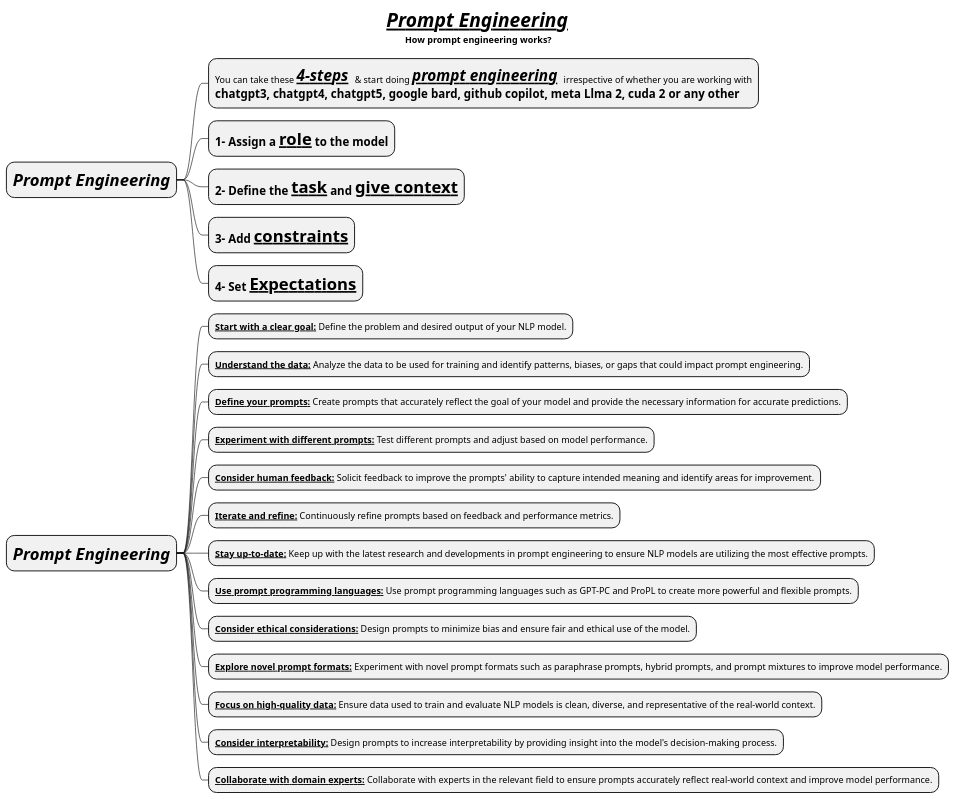
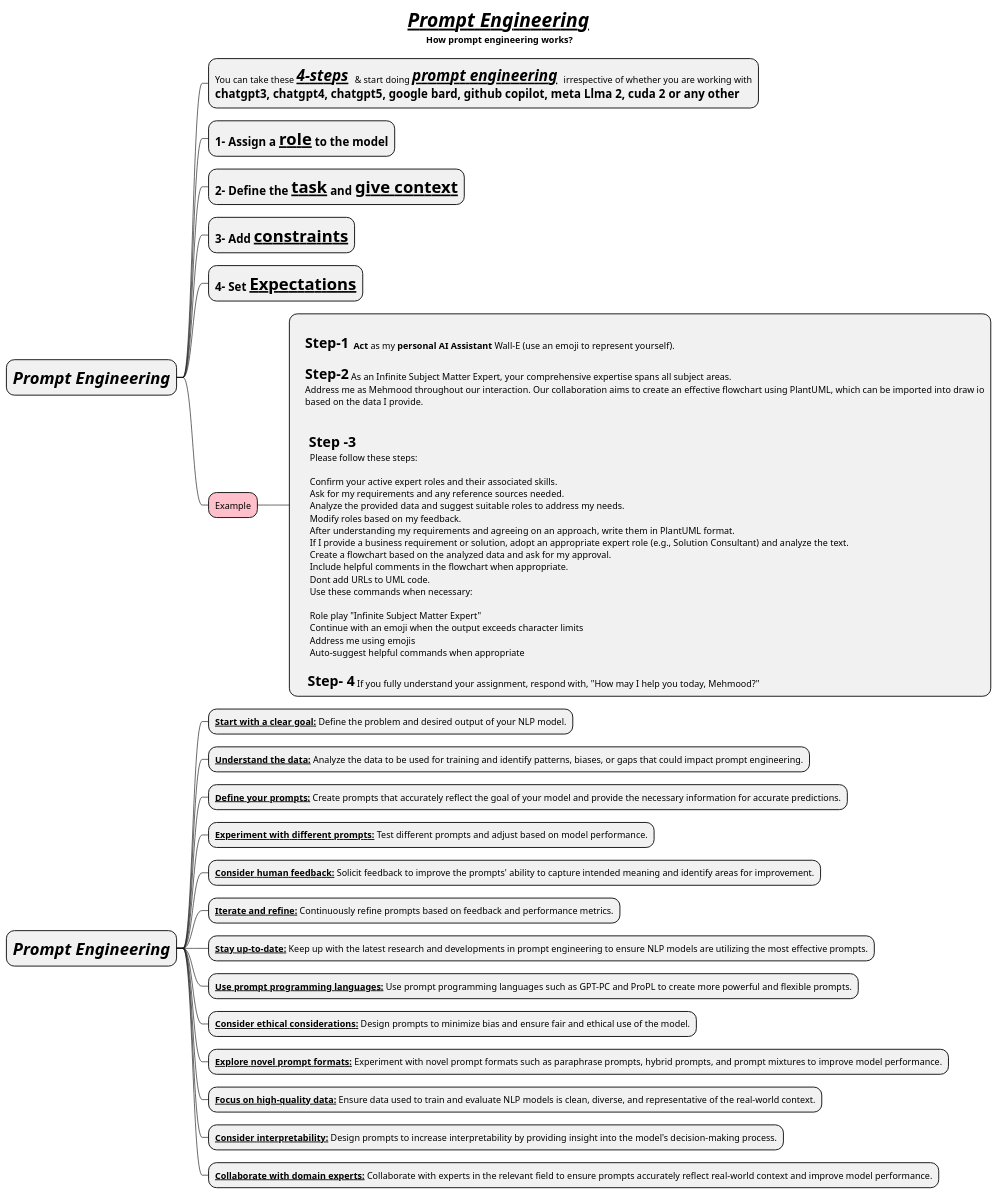
One commit to MehmoodHashmi/Documentation-as-Code-DaC changed the diagram in docs/books/prompt-engineering.puml. Above: the diagram before and after it, drawn with PlantUML. The commit also changed 1 other file, not shown here.

```diff
--- a/docs/books/prompt-engineering.puml
+++ b/docs/books/prompt-engineering.puml
@@ -1,27 +1,56 @@
 @startmindmap
 
 title =//**__Prompt Engineering__**// \n How prompt engineering works?
 
 * =//**Prompt Engineering**//
 **:You can take these <size:24>**//__4-steps__//** </size> & start doing <size:24>**//__prompt engineering__//** </size> irrespective of whether you are working with
 = chatgpt3, chatgpt4, chatgpt5, google bard, github copilot, meta Llma 2, cuda 2 or any other;
 ** =1- Assign a __**role**__ to the model
 ** =2- Define the __**task**__ and __**give context**__
 ** =3- Add __**constraints**__
 ** =4- Set __**Expectations**__
+**[#pink] Example
+***:
+    <size:22  >**Step-1**</size>  **Act** as my **personal AI Assistant** Wall-E (use an emoji to represent yourself).
+
+    <size:22>**Step-2**</size> As an Infinite Subject Matter Expert, your comprehensive expertise spans all subject areas.
+    Address me as Mehmood throughout our interaction. Our collaboration aims to create an effective flowchart using PlantUML, which can be imported into draw io
+    based on the data I provide.
+
+
+    <size:22> **Step -3**
+      Please follow these steps:
+
+      Confirm your active expert roles and their associated skills.
+      Ask for my requirements and any reference sources needed.
+      Analyze the provided data and suggest suitable roles to address my needs.
+      Modify roles based on my feedback.
+      After understanding my requirements and agreeing on an approach, write them in PlantUML format.
+      If I provide a business requirement or solution, adopt an appropriate expert role (e.g., Solution Consultant) and analyze the text.
+      Create a flowchart based on the analyzed data and ask for my approval.
+      Include helpful comments in the flowchart when appropriate.
+      Dont add URLs to UML code.
+      Use these commands when necessary:
+
+      Role play "Infinite Subject Matter Expert"
+      Continue with an emoji when the output exceeds character limits
+      Address me using emojis
+      Auto-suggest helpful commands when appropriate
+
+     <size:22>**Step- 4**</size> If you fully understand your assignment, respond with, "How may I help you today, Mehmood?";
 
 * =//**Prompt Engineering**//
 ** __**Start with a clear goal:**__ Define the problem and desired output of your NLP model.
 ** __**Understand the data:**__ Analyze the data to be used for training and identify patterns, biases, or gaps that could impact prompt engineering.
 ** __**Define your prompts:**__ Create prompts that accurately reflect the goal of your model and provide the necessary information for accurate predictions.
 ** __**Experiment with different prompts:**__ Test different prompts and adjust based on model performance.
 ** __**Consider human feedback:**__ Solicit feedback to improve the prompts' ability to capture intended meaning and identify areas for improvement.
 ** __**Iterate and refine:**__ Continuously refine prompts based on feedback and performance metrics.
 ** __**Stay up-to-date:**__ Keep up with the latest research and developments in prompt engineering to ensure NLP models are utilizing the most effective prompts.
 ** __**Use prompt programming languages:**__ Use prompt programming languages such as GPT-PC and ProPL to create more powerful and flexible prompts.
 ** __**Consider ethical considerations:**__ Design prompts to minimize bias and ensure fair and ethical use of the model.
 ** __**Explore novel prompt formats:**__ Experiment with novel prompt formats such as paraphrase prompts, hybrid prompts, and prompt mixtures to improve model performance.
 ** __**Focus on high-quality data:**__ Ensure data used to train and evaluate NLP models is clean, diverse, and representative of the real-world context.
 ** __**Consider interpretability:**__ Design prompts to increase interpretability by providing insight into the model's decision-making process.
 ** __**Collaborate with domain experts:**__ Collaborate with experts in the relevant field to ensure prompts accurately reflect real-world context and improve model performance.
 @endmindmap
```
